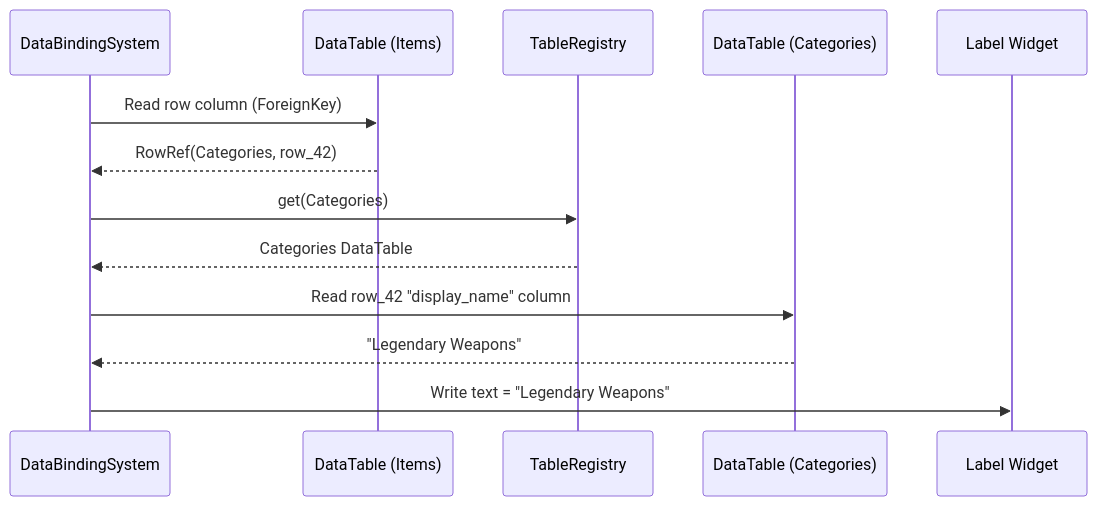
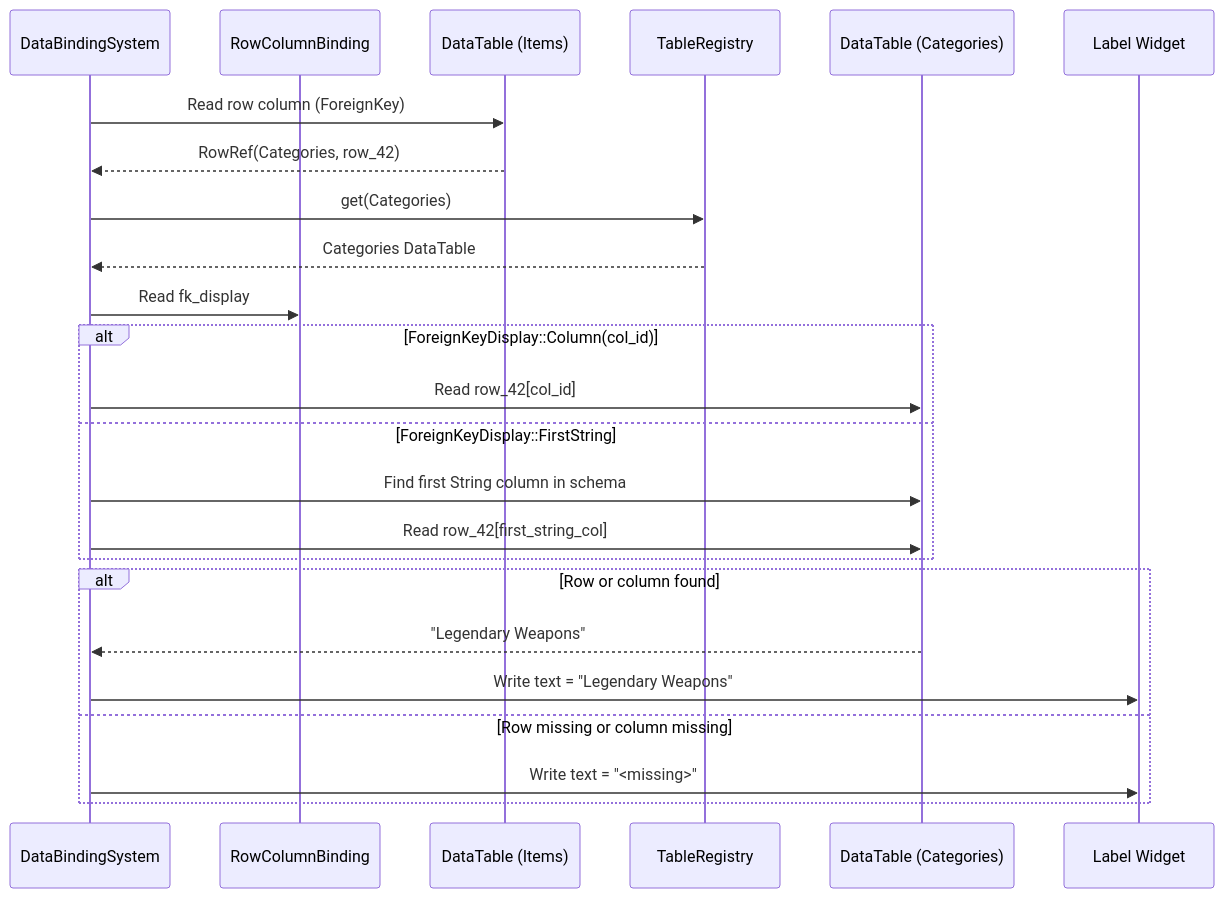
Before and after one commit to harmonius-dev/harmonius: the third of 3 diagrams in docs/design/integration/data-tables-ui.md, drawn with Mermaid. The commit also changed other lines of this file and 57 other files, not shown here.

````diff
--- a/docs/design/integration/data-tables-ui.md
+++ b/docs/design/integration/data-tables-ui.md
@@ -165,16 +188,27 @@
 ```mermaid
 sequenceDiagram
     participant DBS as DataBindingSystem
+    participant RCB as RowColumnBinding
     participant DT as DataTable (Items)
     participant TR as TableRegistry
     participant FK as DataTable (Categories)
     participant LBL as Label Widget
 
     DBS->>DT: Read row column (ForeignKey)
     DT-->>DBS: RowRef(Categories, row_42)
     DBS->>TR: get(Categories)
     TR-->>DBS: Categories DataTable
-    DBS->>FK: Read row_42 "display_name" column
-    FK-->>DBS: "Legendary Weapons"
-    DBS->>LBL: Write text = "Legendary Weapons"
+    DBS->>RCB: Read fk_display
+    alt ForeignKeyDisplay::Column(col_id)
+        DBS->>FK: Read row_42[col_id]
+    else ForeignKeyDisplay::FirstString
+        DBS->>FK: Find first String column in schema
+        DBS->>FK: Read row_42[first_string_col]
+    end
+    alt Row or column found
+        FK-->>DBS: "Legendary Weapons"
+        DBS->>LBL: Write text = "Legendary Weapons"
+    else Row missing or column missing
+        DBS->>LBL: Write text = "<missing>"
+    end
 ```
````
